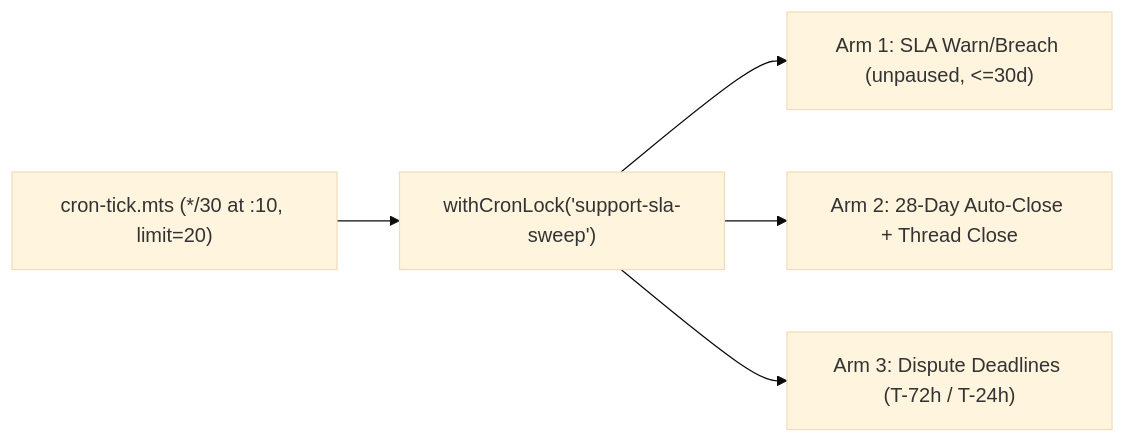
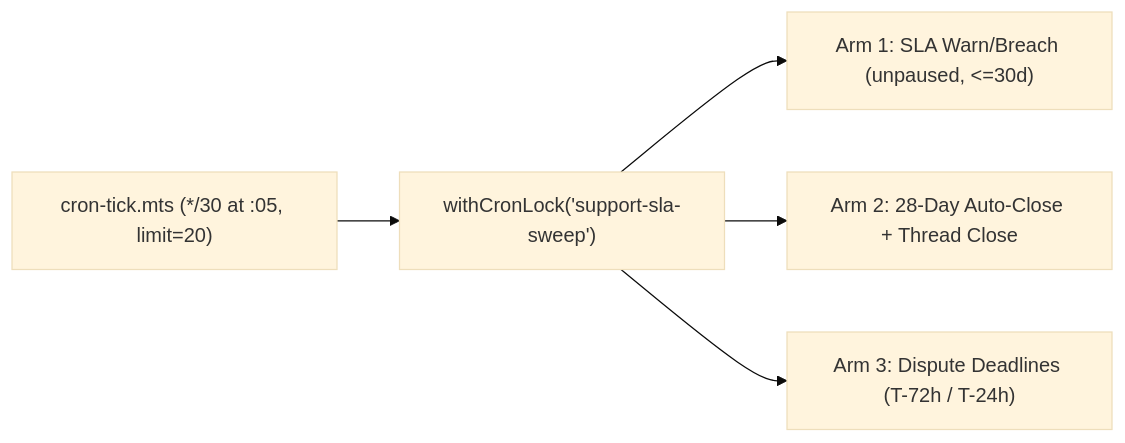
The second of 2 diagrams in docs/support/09-support-case-and-sla-sweep.md (Practitionist/familiarise_web), drawn with Mermaid (base theme) before and after one commit. The commit also changed other lines of this file and 53 other files, not shown here.

````diff
--- a/docs/support/09-support-case-and-sla-sweep.md
+++ b/docs/support/09-support-case-and-sla-sweep.md
@@ -58,7 +58,7 @@
 ```mermaid
 flowchart LR
-    Tick["cron-tick.mts (*/30 at :10, limit=20)"] --> Lock["withCronLock('support-sla-sweep')"]
+    Tick["cron-tick.mts (*/30 at :05, limit=20)"] --> Lock["withCronLock('support-sla-sweep')"]
     Lock --> Arm1["Arm 1: SLA Warn/Breach (unpaused, <=30d)"]
     Lock --> Arm2["Arm 2: 28-Day Auto-Close + Thread Close"]
     Lock --> Arm3["Arm 3: Dispute Deadlines (T-72h / T-24h)"]
 ```
````
